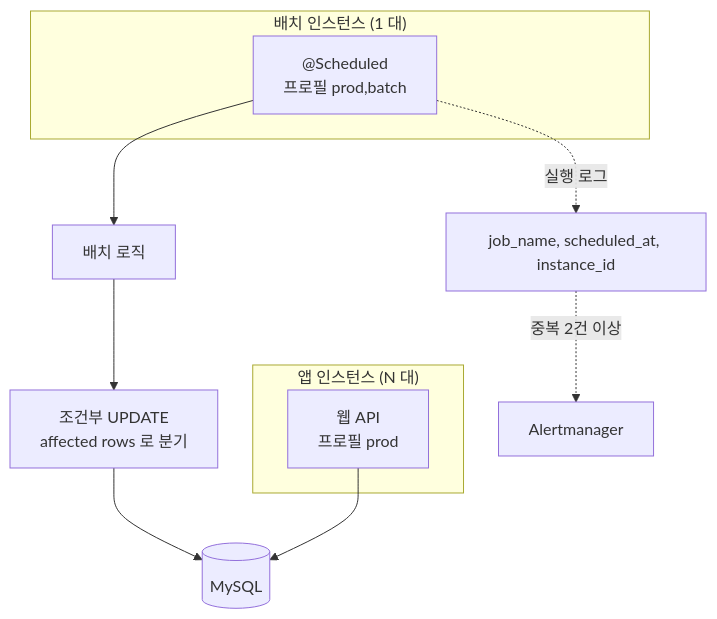
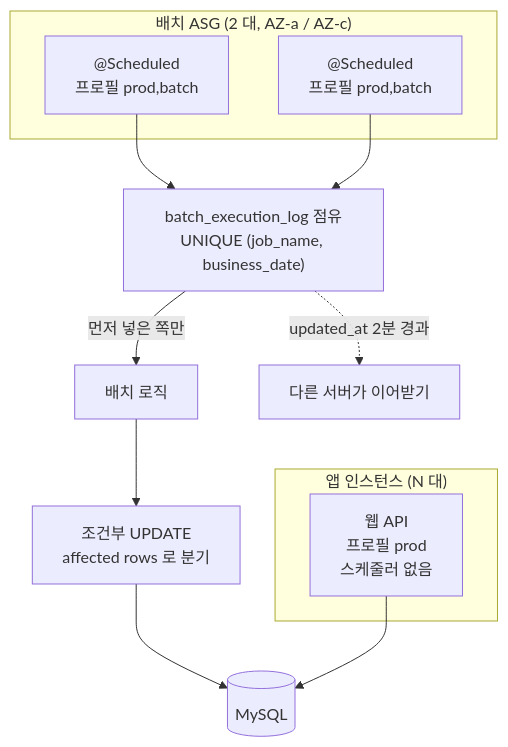
The eighth of 10 diagrams in docs/system-design/백엔드공통_시스템디자인_종합.md (lunch-catch/lc-infra), drawn with Mermaid before and after one commit. The commit also changed other lines of this file and 40 other files, not shown here.

````diff
--- a/docs/system-design/백엔드공통_시스템디자인_종합.md
+++ b/docs/system-design/백엔드공통_시스템디자인_종합.md
@@ -501,16 +500,18 @@
 ```mermaid
 graph TB
     subgraph app["앱 인스턴스 (N 대)"]
-        API["웹 API<br/>프로필 prod"]
+        API["웹 API<br/>프로필 prod<br/>스케줄러 없음"]
     end
-    subgraph batch["배치 인스턴스 (1 대)"]
-        SCH["@Scheduled<br/>프로필 prod,batch"]
+    subgraph batch["배치 ASG (2 대, AZ-a / AZ-c)"]
+        SCH1["@Scheduled<br/>프로필 prod,batch"]
+        SCH2["@Scheduled<br/>프로필 prod,batch"]
     end
 
-    SCH --> JOB["배치 로직"]
+    SCH1 --> CLAIM["batch_execution_log 점유<br/>UNIQUE (job_name, business_date)"]
+    SCH2 --> CLAIM
+    CLAIM -->|먼저 넣은 쪽만| JOB["배치 로직"]
     JOB --> UPD["조건부 UPDATE<br/>affected rows 로 분기"]
     UPD --> DB[("MySQL")]
     API --> DB
-    SCH -.실행 로그.-> LOG["job_name, scheduled_at, instance_id"]
-    LOG -.중복 2건 이상.-> ALERT["Alertmanager"]
+    CLAIM -.updated_at 2분 경과.-> TAKE["다른 서버가 이어받기"]
 ```
````
